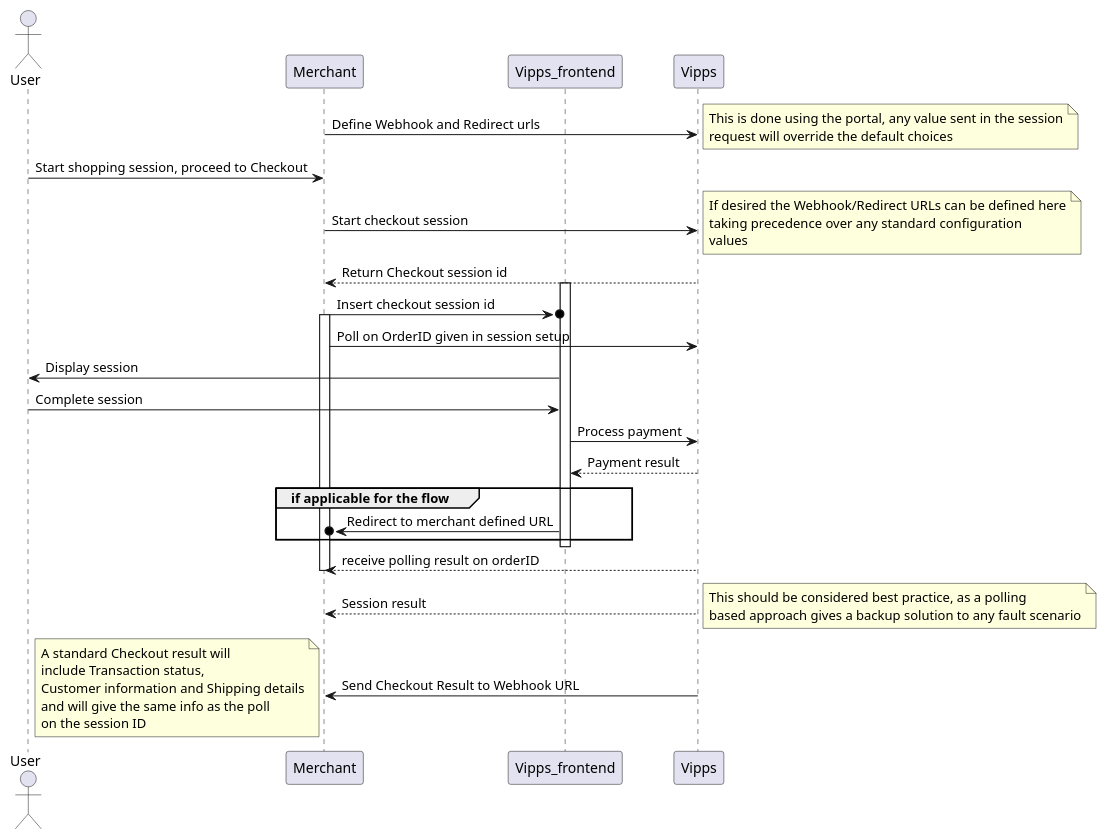
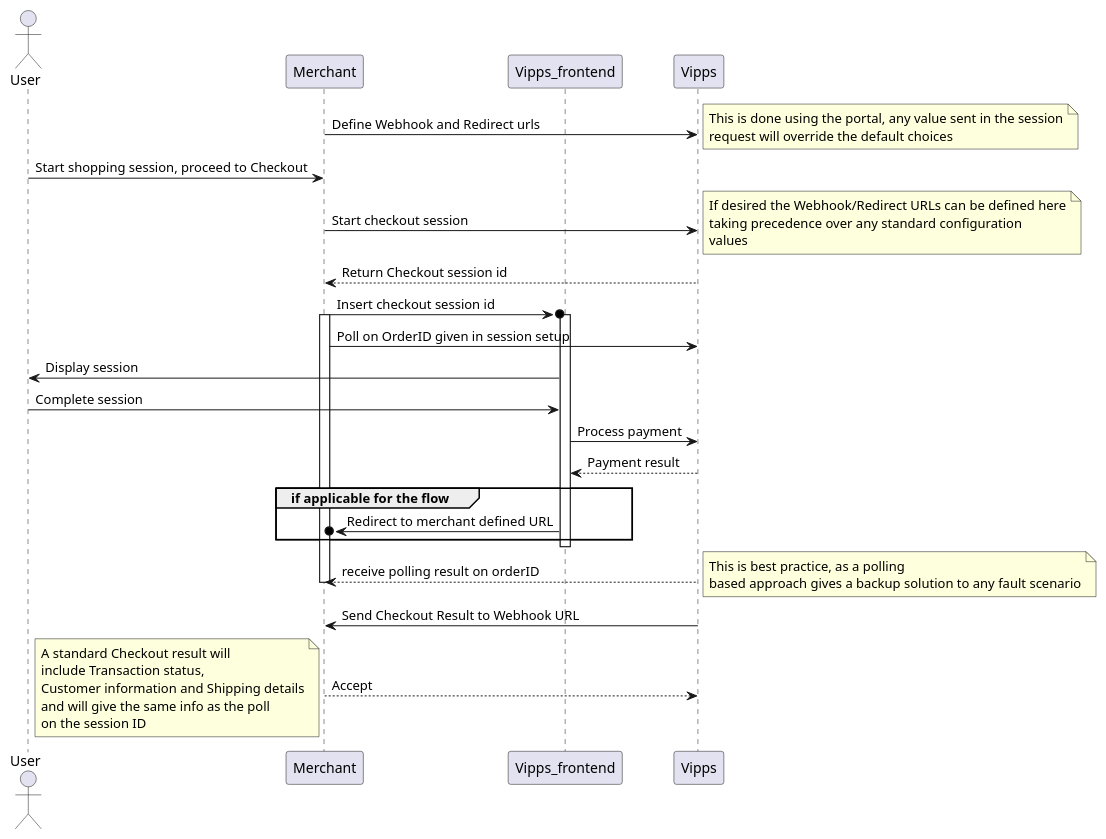
One commit to vippsas/vipps-checkout changed the diagram in resources/standard_flow.puml. Above: the diagram before and after it, drawn with PlantUML. The commit also changed 1 other file, not shown here.

Commit message:
uml cleanup

```diff
--- a/resources/standard_flow.puml
+++ b/resources/standard_flow.puml
@@ -1,63 +1,62 @@
 @startuml
 
 Actor User
 participant Merchant
 participant Vipps_frontend
 participant Vipps
 
 Merchant -> Vipps : Define Webhook and Redirect urls
 
 note right
 This is done using the portal, any value sent in the session
 request will override the default choices
 end note
 
 User -> Merchant : Start shopping session, proceed to Checkout
 Merchant -> Vipps : Start checkout session
 
 note right 
 If desired the Webhook/Redirect URLs can be defined here
 taking precedence over any standard configuration
 values  
 end note
 
 Vipps --> Merchant : Return Checkout session id
+
+Merchant ->o Vipps_frontend: Insert checkout session id
 activate Vipps_frontend
-Merchant ->o Vipps_frontend: Insert checkout session id
-
 activate Merchant
 Merchant -> Vipps : Poll on OrderID given in session setup
 Vipps_frontend -> User : Display session
 User -> Vipps_frontend : Complete session
 Vipps_frontend -> Vipps : Process payment
 Vipps --> Vipps_frontend : Payment result
 
 group if applicable for the flow
 Vipps_frontend ->o Merchant : Redirect to merchant defined URL
 end
 deactivate Vipps_frontend
 
 Merchant <-- Vipps: receive polling result on orderID
 deactivate Merchant
 
-Vipps --> Merchant : Session result
-
 note right
-This should be considered best practice, as a polling
+This is best practice, as a polling
 based approach gives a backup solution to any fault scenario
 end note
 
 Vipps -> Merchant : Send Checkout Result to Webhook URL
+Vipps <-- Merchant : Accept
 
 note left
 A standard Checkout result will 
 include Transaction status,
 Customer information and Shipping details
 and will give the same info as the poll
 on the session ID
 end note
 
 deactivate Vipps_frontend
 
 
 @enduml
```
